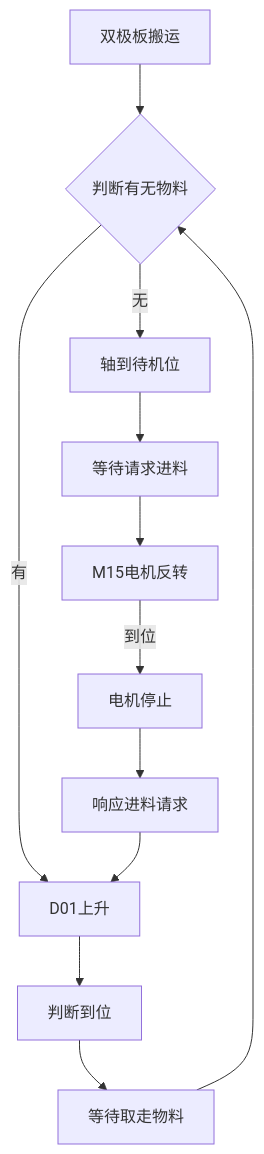
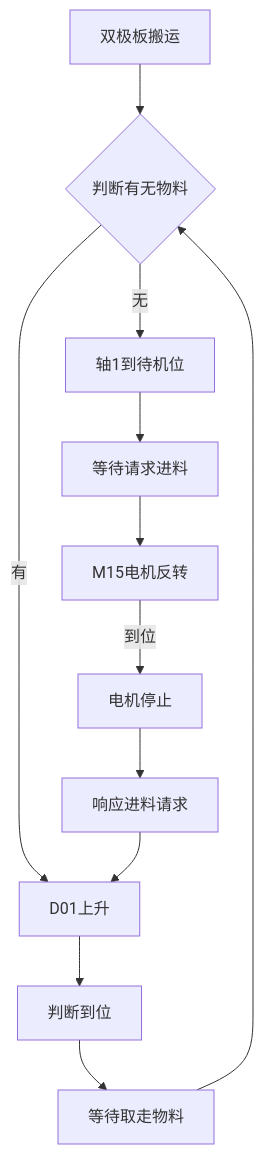
One commit to PengKun1/iodraw-files changed the diagram in all/未命名-1.md. Above: the diagram before and after it, drawn with Mermaid.

Commit message:
2024-08-20 11:06:34 update

````diff
--- a/all/未命名-1.md
+++ b/all/未命名-1.md
@@ -1,14 +1,14 @@
 ```mermaid
 graph TD
 0[双极板搬运]-->10
 10{判断有无物料}-->|无|20
 10-->|有|70
-20[轴到待机位]-->30
+20[轴1到待机位]-->30
 30[等待请求进料]-->40
 40[M15电机反转]-->|到位|50
 50[电机停止]-->60
 60[响应进料请求]-->70
 70[D01上升]-->80
 80[判断到位]-->90
 90[等待取走物料]-->10
 ```
````
